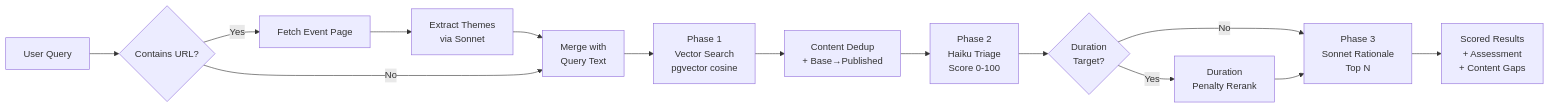
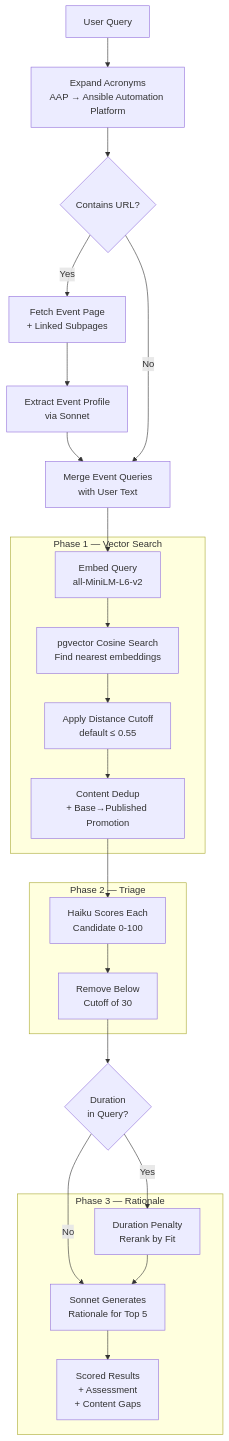
The diagram in docs/architecture/recommendation-engine.md (rhpds/rcars), drawn with Mermaid before and after one commit. The commit also changed other lines of this file, not shown here.

````diff
--- a/docs/architecture/recommendation-engine.md
+++ b/docs/architecture/recommendation-engine.md
@@ -12,16 +12,30 @@
 ```mermaid
-flowchart LR
-    Q[User Query] --> URLCheck{Contains URL?}
-    URLCheck -->|Yes| Fetch[Fetch Event Page]
-    Fetch --> Extract[Extract Themes<br/>via Sonnet]
-    Extract --> Merge[Merge with<br/>Query Text]
+flowchart TD
+    Q[User Query] --> Acronym[Expand Acronyms<br/>AAP → Ansible Automation Platform]
+    Acronym --> URLCheck{Contains URL?}
+    URLCheck -->|Yes| Fetch[Fetch Event Page<br/>+ Linked Subpages]
+    Fetch --> Extract[Extract Event Profile<br/>via Sonnet]
+    Extract --> Merge[Merge Event Queries<br/>with User Text]
     URLCheck -->|No| Merge
-    Merge --> P1[Phase 1<br/>Vector Search<br/>pgvector cosine]
-    P1 --> Dedup[Content Dedup<br/>+ Base→Published]
-    Dedup --> P2[Phase 2<br/>Haiku Triage<br/>Score 0-100]
-    P2 --> DurCheck{Duration<br/>Target?}
-    DurCheck -->|Yes| Rerank[Duration<br/>Penalty Rerank]
+    Merge --> Embed[Embed Query<br/>all-MiniLM-L6-v2]
+
+    subgraph "Phase 1 — Vector Search"
+        Embed --> PGV[pgvector Cosine Search<br/>Find nearest embeddings]
+        PGV --> Cutoff[Apply Distance Cutoff<br/>default ≤ 0.55]
+        Cutoff --> Dedup[Content Dedup<br/>+ Base→Published Promotion]
+    end
+
+    subgraph "Phase 2 — Triage"
+        Dedup --> Haiku[Haiku Scores Each<br/>Candidate 0-100]
+        Haiku --> Filter[Remove Below<br/>Cutoff of 30]
+    end
+
+    Filter --> DurCheck{Duration<br/>in Query?}
+    DurCheck -->|Yes| Rerank[Duration Penalty<br/>Rerank by Fit]
     DurCheck -->|No| P3
-    Rerank --> P3[Phase 3<br/>Sonnet Rationale<br/>Top N]
-    P3 --> Results[Scored Results<br/>+ Assessment<br/>+ Content Gaps]
+
+    subgraph "Phase 3 — Rationale"
+        Rerank --> P3[Sonnet Generates<br/>Rationale for Top 5]
+        P3 --> Results[Scored Results<br/>+ Assessment<br/>+ Content Gaps]
+    end
 ```
````
